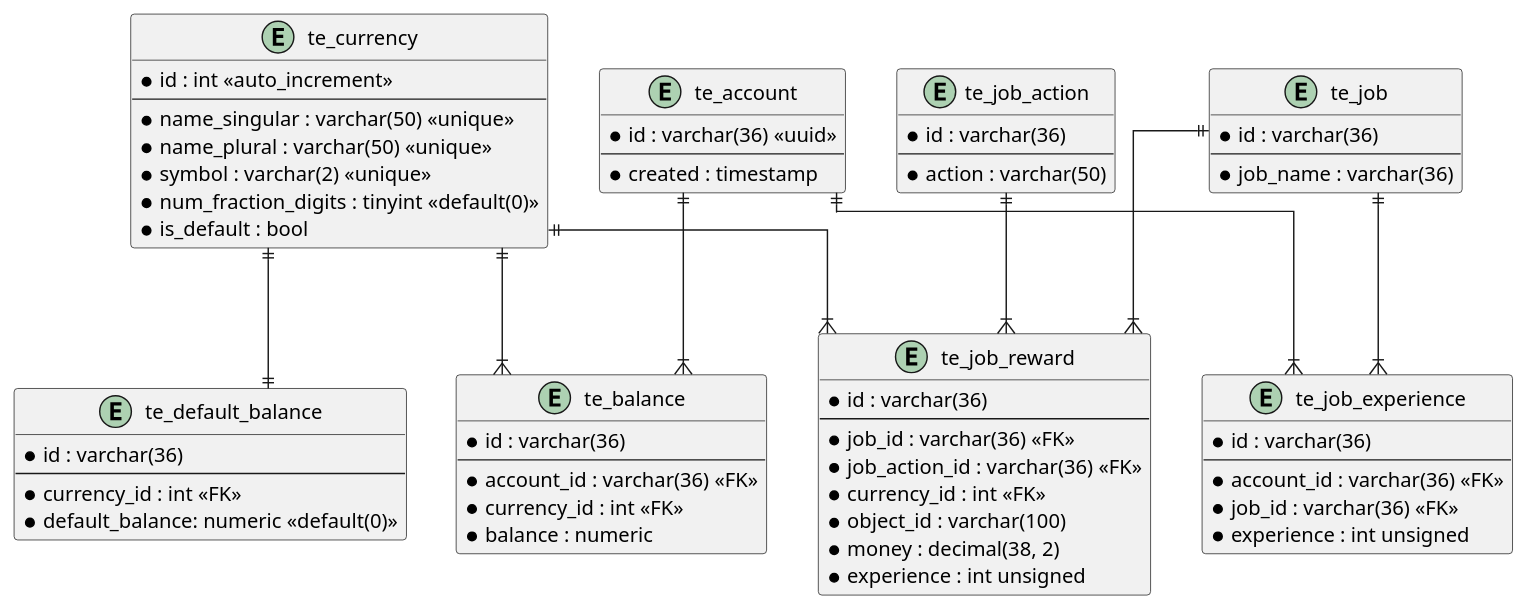
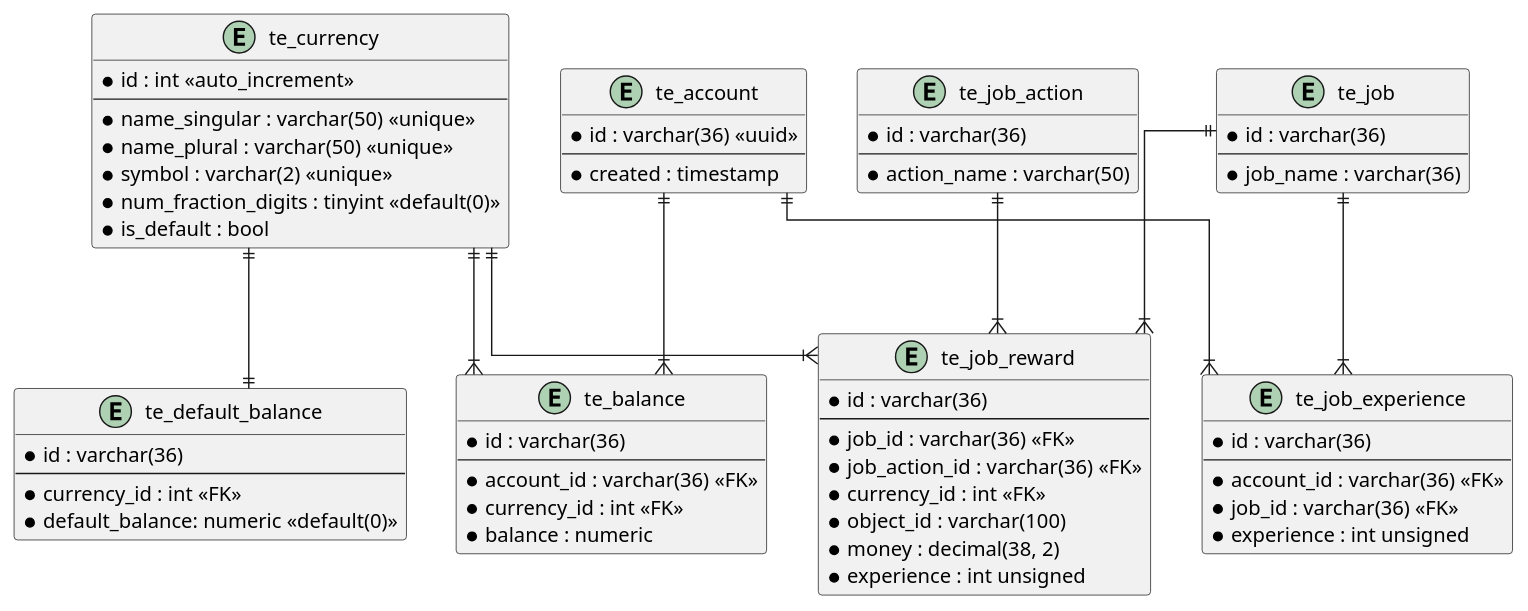
Before and after one commit to ericgrandt/TotalEconomyPaper: the diagram in designs/database.puml, drawn with PlantUML. The commit also changed 2 other files, not shown here.

```diff
--- a/designs/database.puml
+++ b/designs/database.puml
@@ -1,78 +1,78 @@
 @startuml database
 
 skinparam linetype ortho
 
 entity te_account {
     * id : varchar(36) <<uuid>>
     --
     * created : timestamp
 }
 
 entity te_currency {
     * id : int <<auto_increment>>
     --
     * name_singular : varchar(50) <<unique>>
     * name_plural : varchar(50) <<unique>>
     * symbol : varchar(2) <<unique>>
     * num_fraction_digits : tinyint <<default(0)>>
     * is_default : bool
 }
 
 entity te_default_balance {
     * id : varchar(36)
     --
     * currency_id : int <<FK>>
     * default_balance: numeric <<default(0)>>
 }
 
 entity te_balance {
     * id : varchar(36)
     --
     * account_id : varchar(36) <<FK>>
     * currency_id : int <<FK>>
     * balance : numeric
 }
 
 ' Jobs
 entity te_job {
     * id : varchar(36)
     --
     * job_name : varchar(36)
 }
 
 entity te_job_action {
     * id : varchar(36)
     --
-    * action : varchar(50)
+    * action_name : varchar(50)
 }
 
 entity te_job_reward {
     * id : varchar(36)
     --
     * job_id : varchar(36) <<FK>>
     * job_action_id : varchar(36) <<FK>>
     * currency_id : int <<FK>>
     * object_id : varchar(100)
     * money : decimal(38, 2)
     * experience : int unsigned
 }
 
 entity te_job_experience {
     * id : varchar(36)
     --
     * account_id : varchar(36) <<FK>>
     * job_id : varchar(36) <<FK>>
     * experience : int unsigned
 }
 
 te_account ||--|{ te_balance
 te_currency ||--|{ te_balance
 te_currency ||--|| te_default_balance
 
 ' Job relationships
 te_job ||--|{ te_job_reward
 te_job ||--|{ te_job_experience
 te_account ||--|{ te_job_experience
 te_job_action ||--|{ te_job_reward
 te_currency ||--|{ te_job_reward
 @enduml
```
